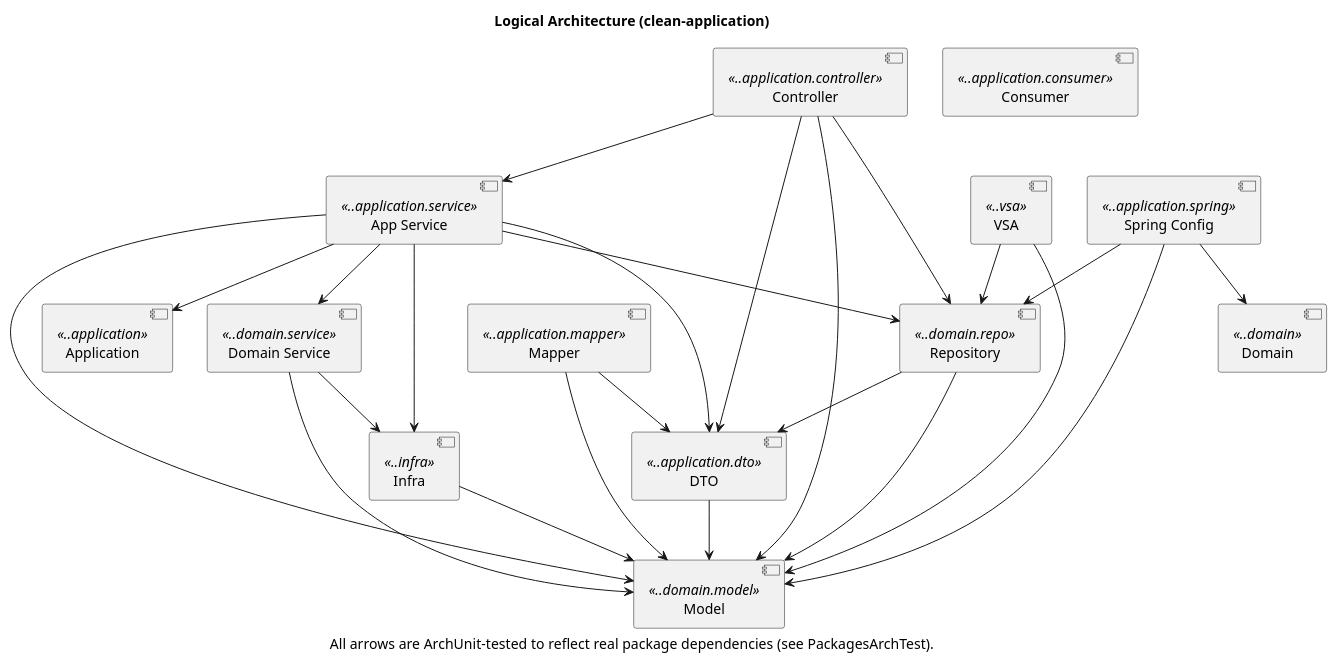
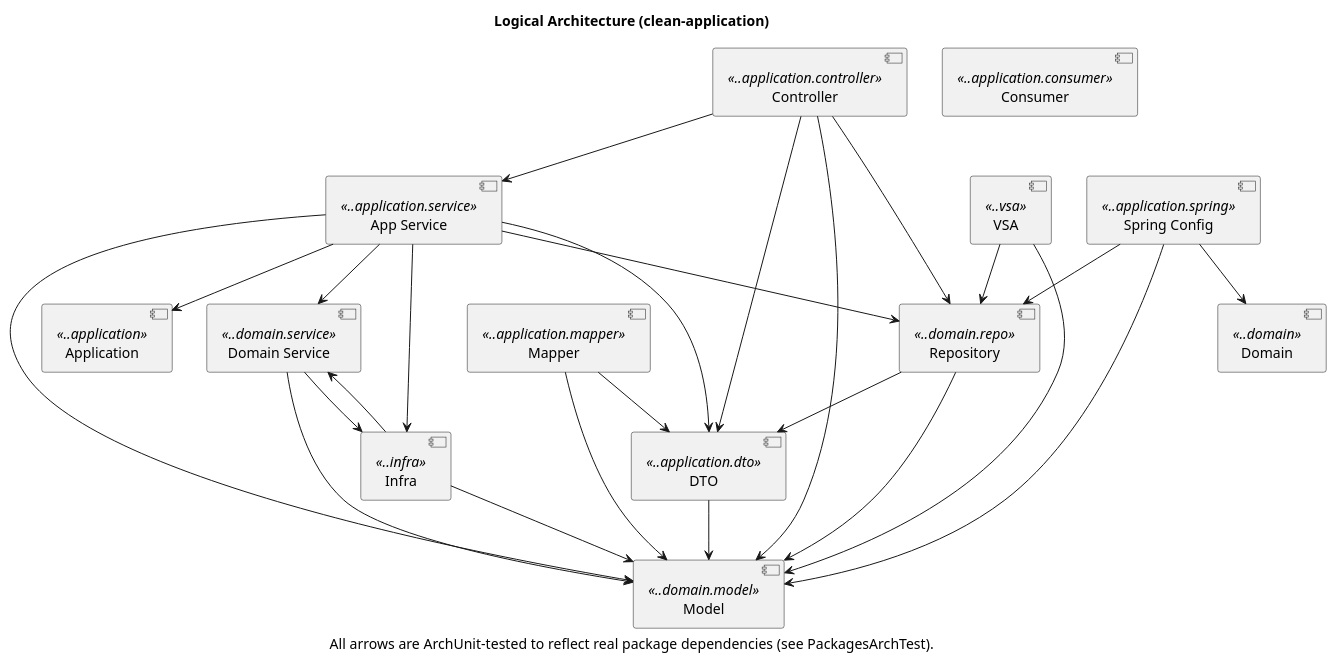
The diagram in clean-application/docs/packages.puml (victorrentea/clean-architecture), drawn with PlantUML before and after one commit. The commit also changed 4 other files, not shown here.

```diff
--- a/clean-application/docs/packages.puml
+++ b/clean-application/docs/packages.puml
@@ -1,57 +1,58 @@
 @startuml
 title Logical Architecture (clean-application)
 caption All arrows are ArchUnit-tested to reflect real package dependencies (see PackagesArchTest).
 
 ' Each component is bound to a source sub-package of victor.training.clean via its stereotype.
 ' PackagesArchTest enforces two things:
 '   1. every arrow below corresponds to a real cross-package dependency, and no undrawn dependency exists;
 '   2. the set of stereotypes below equals the set of code sub-packages exactly.
 ' If either drifts, the test fails -> update THIS file to match reality.
 
 [Application]    <<..application>>
 [Consumer]       <<..application.consumer>>
 [Controller]     <<..application.controller>>
 [DTO]            <<..application.dto>>
 [Mapper]         <<..application.mapper>>
 [App Service]    <<..application.service>>
 [Spring Config]  <<..application.spring>>
 [Domain]         <<..domain>>
 [Model]          <<..domain.model>>
 [Repository]     <<..domain.repo>>
 [Domain Service] <<..domain.service>>
 [Infra]          <<..infra>>
 [VSA]            <<..vsa>>
 
 [Controller] --> [DTO]
 [Controller] --> [App Service]
 [Controller] --> [Model]
 [Controller] --> [Repository]
 
 [DTO] --> [Model]
 
 [Mapper] --> [DTO]
 [Mapper] --> [Model]
 
 [App Service] --> [Application]
 [App Service] --> [DTO]
 [App Service] --> [Model]
 [App Service] --> [Repository]
 [App Service] --> [Domain Service]
 [App Service] --> [Infra]
 
 [Spring Config] --> [Domain]
 [Spring Config] --> [Model]
 [Spring Config] --> [Repository]
 
 [Repository] --> [DTO]
 [Repository] --> [Model]
 
 [Domain Service] --> [Model]
 [Domain Service] --> [Infra]
 
 [Infra] --> [Model]
+[Infra] --> [Domain Service]
 
 [VSA] --> [Model]
 [VSA] --> [Repository]
 
 @enduml
```
